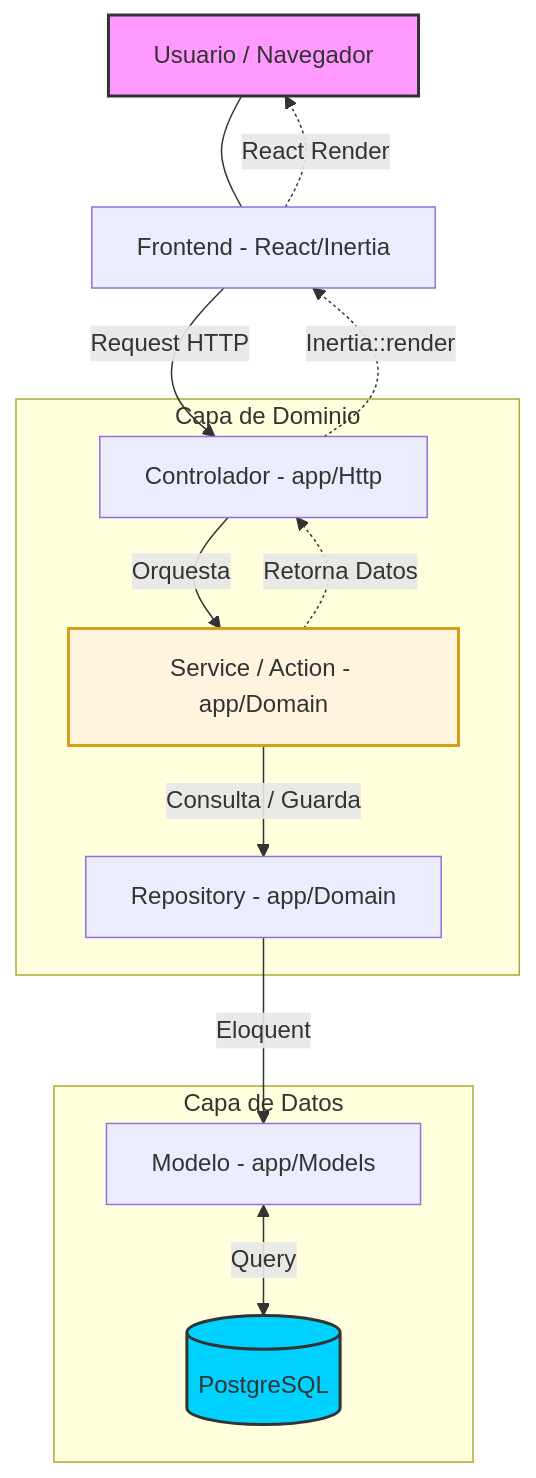
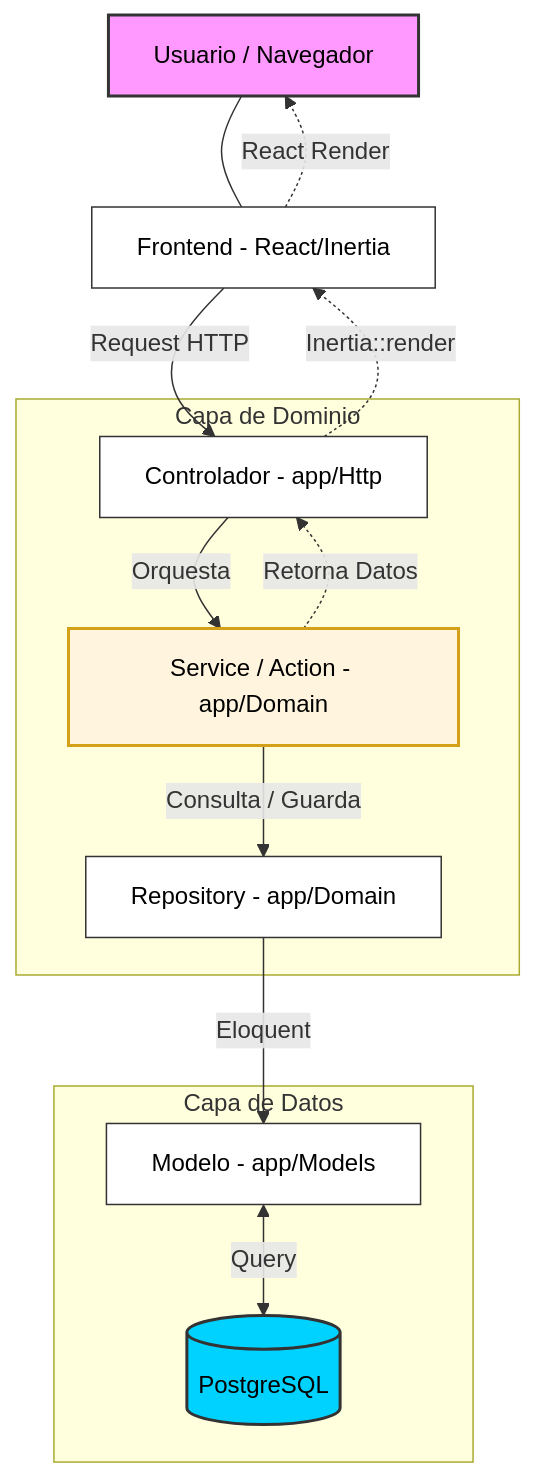
One commit to joangriful/MiKiwi changed the diagram in docs/project/ARCHITECTURE_OVERVIEW.md. Above: the diagram before and after it, drawn with Mermaid. The commit also changed 1 other file, not shown here.

Commit message:
docs: improve Mermaid readability by forcing black text color

````diff
--- a/docs/project/ARCHITECTURE_OVERVIEW.md
+++ b/docs/project/ARCHITECTURE_OVERVIEW.md
@@ -11,23 +11,27 @@
 ```mermaid
 graph TD
     A[Usuario / Navegador] --- B[Frontend - React/Inertia]
     B -->|Request HTTP| C[Controlador - app/Http]
     
     subgraph "Capa de Dominio"
         C -->|Orquesta| D[Service / Action - app/Domain]
         D -->|Consulta / Guarda| E[Repository - app/Domain]
     end
     
     subgraph "Capa de Datos"
         E -->|Eloquent| F[Modelo - app/Models]
         F <-->|Query| G[(PostgreSQL)]
     end
     
     D -.->|Retorna Datos| C
     C -.->|Inertia::render| B
     B -.->|React Render| A
 
-    style A fill:#f9f,stroke:#333,stroke-width:2px
-    style G fill:#00d2ff,stroke:#333,stroke-width:2px
-    style D fill:#fff4dd,stroke:#d4a017,stroke-width:2px
+    style A fill:#f9f,stroke:#333,stroke-width:2px,color:#000
+    style B fill:#fff,stroke:#333,stroke-width:1px,color:#000
+    style C fill:#fff,stroke:#333,stroke-width:1px,color:#000
+    style D fill:#fff4dd,stroke:#d4a017,stroke-width:2px,color:#000
+    style E fill:#fff,stroke:#333,stroke-width:1px,color:#000
+    style F fill:#fff,stroke:#333,stroke-width:1px,color:#000
+    style G fill:#00d2ff,stroke:#333,stroke-width:2px,color:#000
 ```
````
